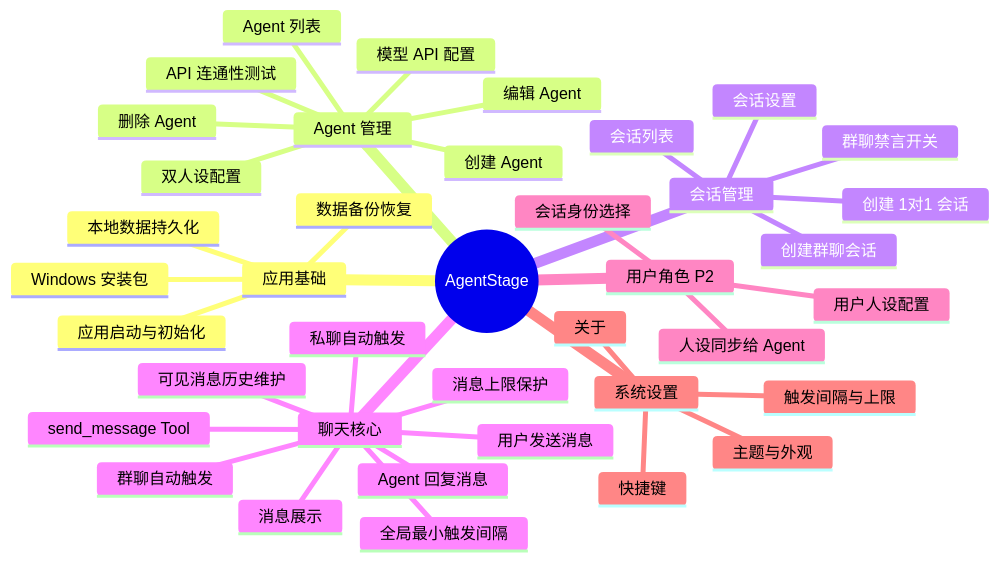
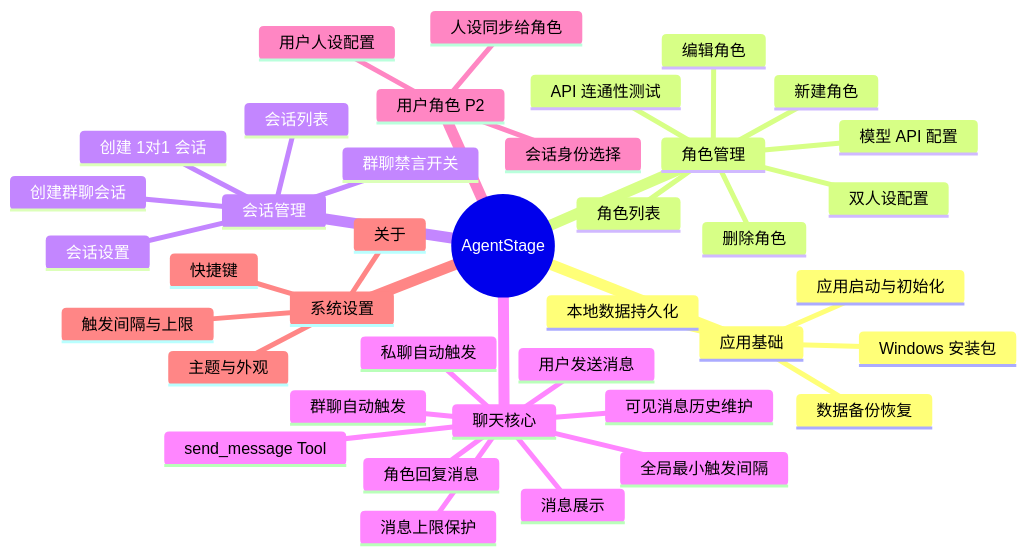
The first of 4 diagrams in docs/PRD.md (SupaNeko/AgentStage), drawn with Mermaid before and after one commit. The commit also changed other lines of this file and 10 other files, not shown here.

````diff
--- a/docs/PRD.md
+++ b/docs/PRD.md
@@ -46,42 +46,42 @@
 ```mermaid
 mindmap
   root((AgentStage))
     应用基础
       应用启动与初始化
       本地数据持久化
       数据备份恢复
       Windows 安装包
-    Agent 管理
-      创建 Agent
-      编辑 Agent
-      删除 Agent
-      Agent 列表
+    角色管理
+      新建角色
+      编辑角色
+      删除角色
+      角色列表
       模型 API 配置
       API 连通性测试
       双人设配置
     会话管理
       创建 1对1 会话
       创建群聊会话
       会话列表
       会话设置
       群聊禁言开关
     聊天核心
       用户发送消息
-      Agent 回复消息
+      角色回复消息
       send_message Tool
       可见消息历史维护
       全局最小触发间隔
       消息上限保护
       私聊自动触发
       群聊自动触发
       消息展示
     用户角色 P2
       用户人设配置
       会话身份选择
-      人设同步给 Agent
+      人设同步给角色
     系统设置
       主题与外观
       触发间隔与上限
       快捷键
       关于
 ```
````
